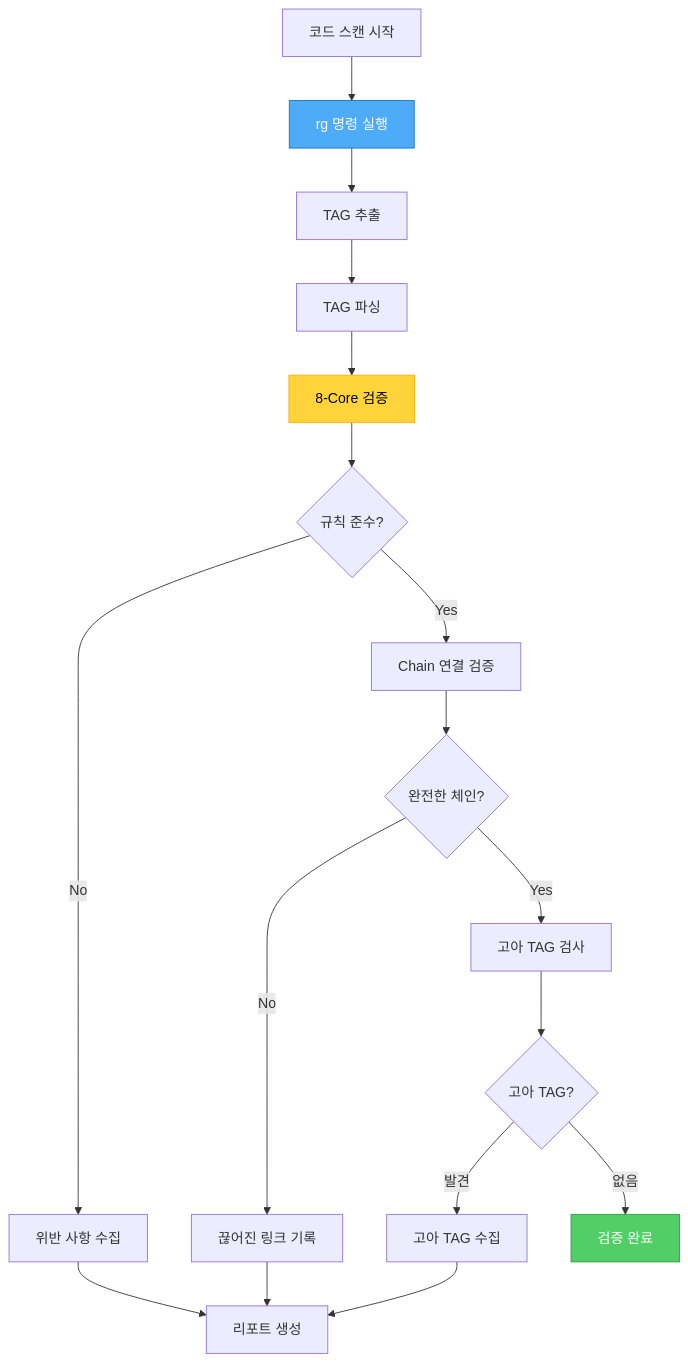
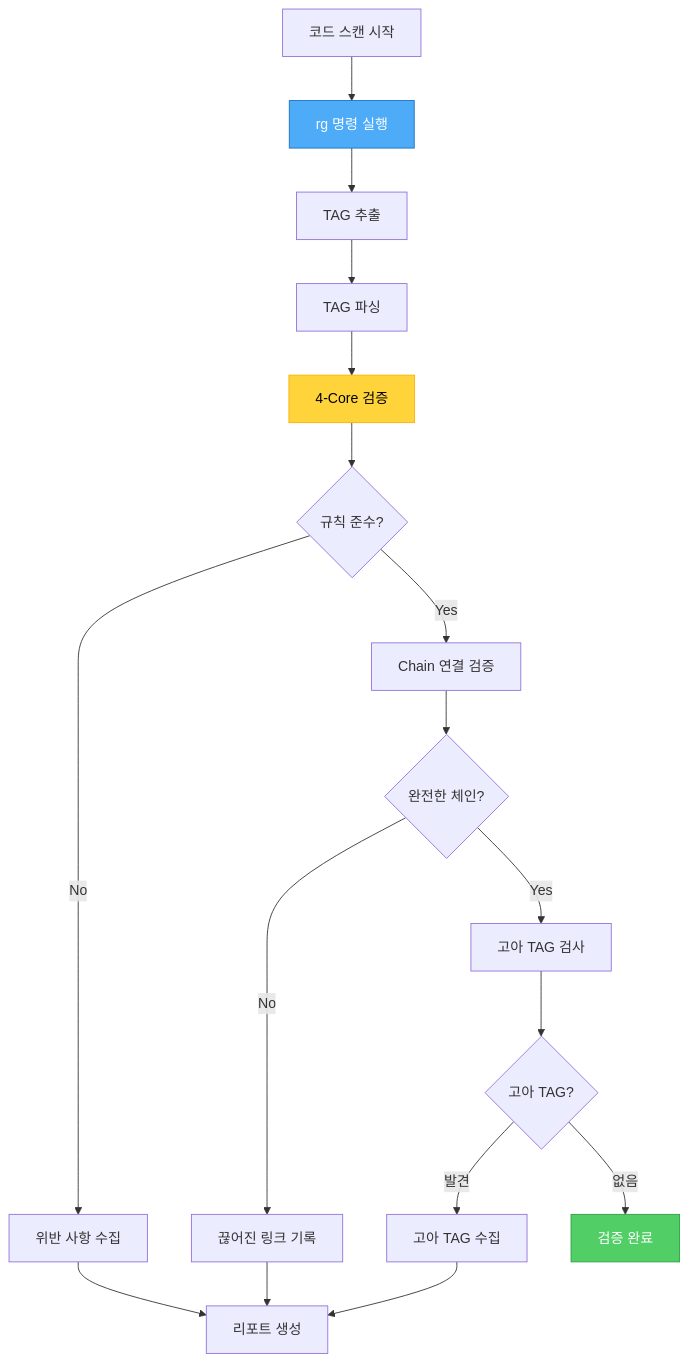
One commit to modu-ai/moai-adk changed the third of 6 diagrams in docs/claude/agents/tag-agent.md. Above: the diagram before and after it, drawn with Mermaid. The commit also changed other lines of this file and 34 other files, not shown here.

````diff
--- a/docs/claude/agents/tag-agent.md
+++ b/docs/claude/agents/tag-agent.md
@@ -448,26 +448,26 @@
 ```mermaid
 graph TB
     A[코드 스캔 시작] --> B[rg 명령 실행]
     B --> C[TAG 추출]
     C --> D[TAG 파싱]
-    D --> E[8-Core 검증]
+    D --> E[4-Core 검증]
     E --> F{규칙 준수?}
     F -->|No| G[위반 사항 수집]
     F -->|Yes| H[Chain 연결 검증]
 
     H --> I{완전한 체인?}
     I -->|No| J[끊어진 링크 기록]
     I -->|Yes| K[고아 TAG 검사]
 
     K --> L{고아 TAG?}
     L -->|발견| M[고아 TAG 수집]
     L -->|없음| N[검증 완료]
 
     G --> O[리포트 생성]
     J --> O
     M --> O
 
     style B fill:#4dabf7,stroke:#1971c2,color:#fff
     style E fill:#ffd43b,stroke:#fab005,color:#000
     style N fill:#51cf66,stroke:#2f9e44,color:#fff
 ```
````
